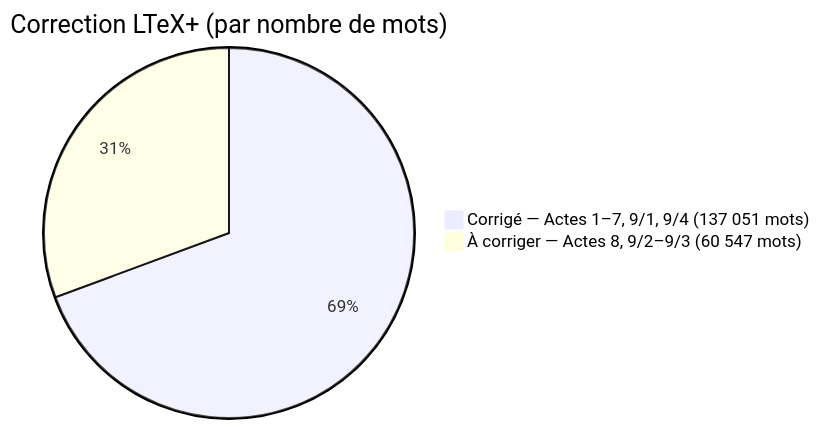
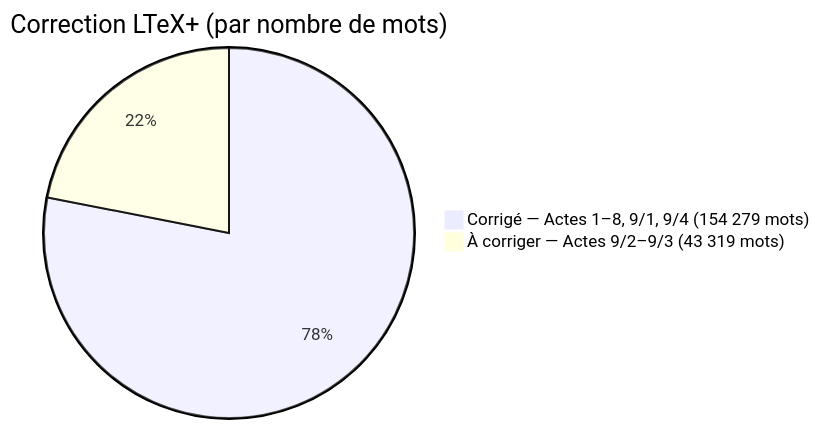
Before and after one commit to eric-mugnier/tete-de-veau-ravigote: the diagram in actes/word_count.md, drawn with Mermaid. The commit also changed other lines of this file, not shown here.

Commit message:
word_count.md : acte_08 corrigé + màj mermaid

````diff
--- a/actes/word_count.md
+++ b/actes/word_count.md
@@ -26,5 +26,5 @@
 ```mermaid
 pie title Correction LTeX+ (par nombre de mots)
-    "Corrigé — Actes 1–7, 9/1, 9/4 (137 051 mots)" : 137051
-    "À corriger — Actes 8, 9/2–9/3 (60 547 mots)" : 60547
+    "Corrigé — Actes 1–8, 9/1, 9/4 (154 279 mots)" : 154279
+    "À corriger — Actes 9/2–9/3 (43 319 mots)" : 43319
 ```
````
